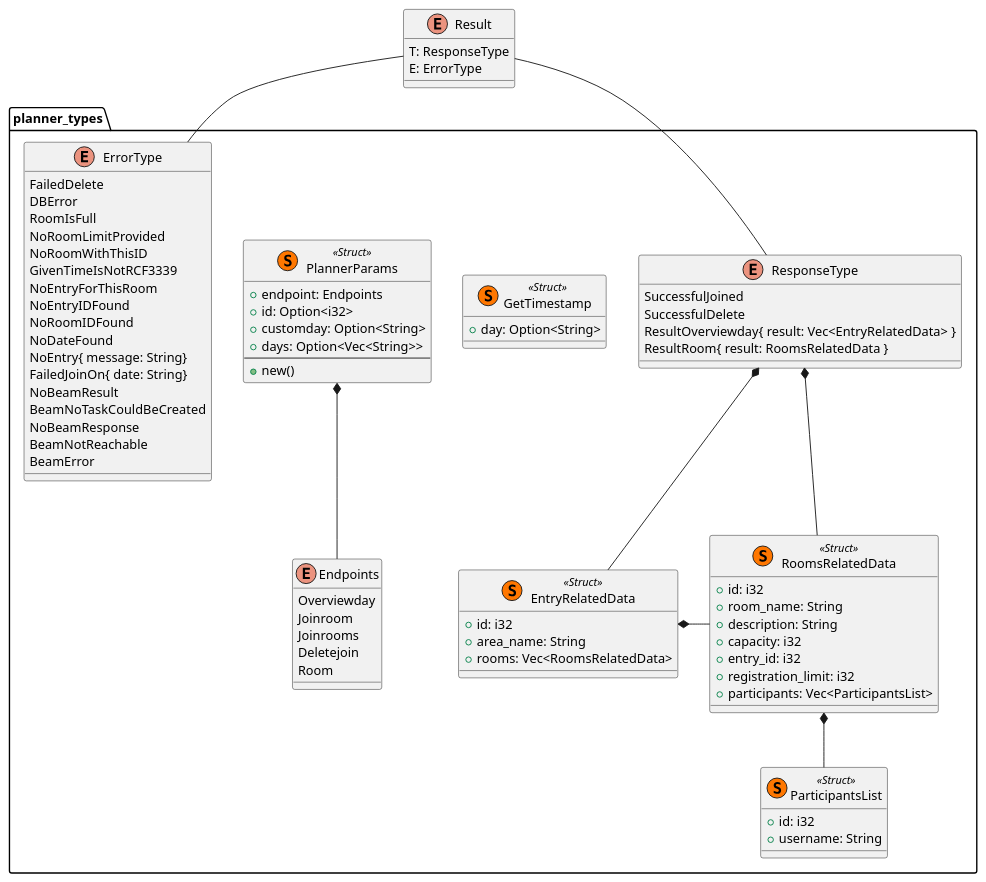
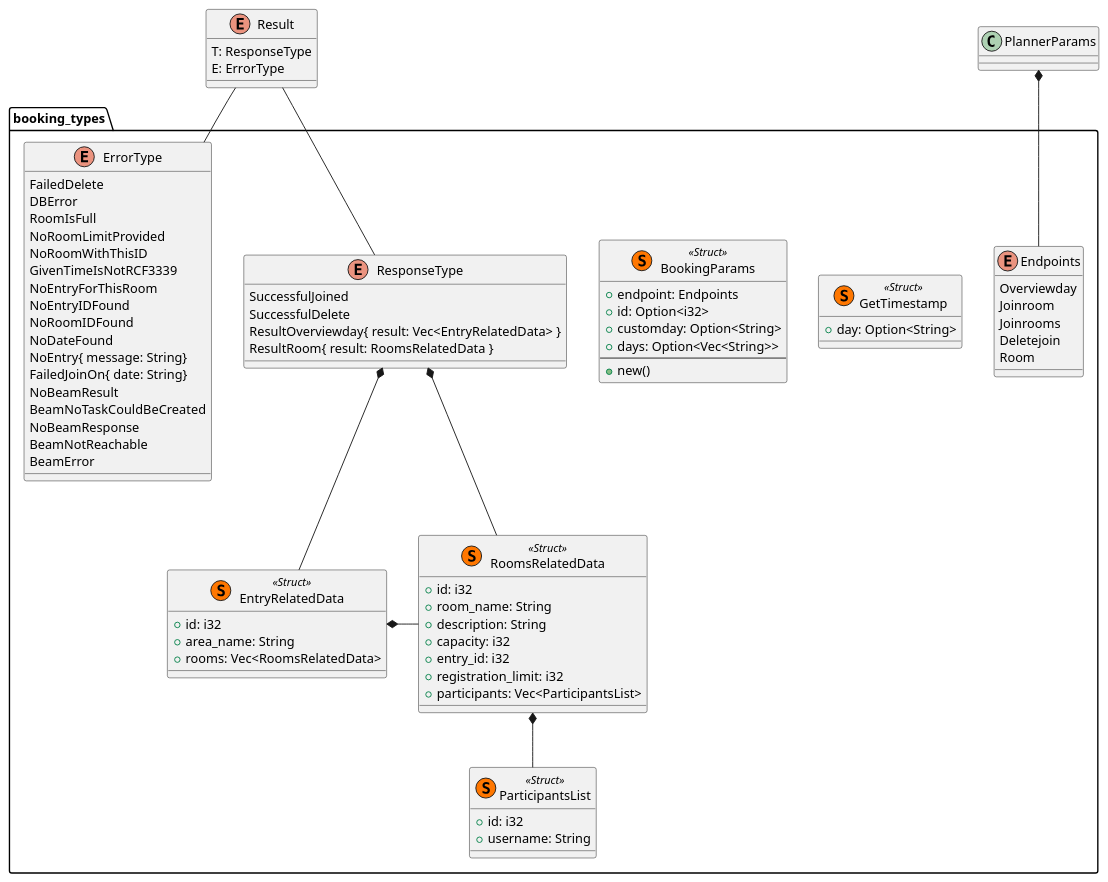
One commit to Martin1088/Plantuml-With-Screenreader changed the diagram in Projekte/Verbis/Beam/shared_komponenteAll.puml. Above: the diagram before and after it, drawn with PlantUML. The commit also changed 38 other files, not shown here.

```diff
--- a/Projekte/Verbis/Beam/shared_komponenteAll.puml
+++ b/Projekte/Verbis/Beam/shared_komponenteAll.puml
@@ -1,77 +1,77 @@
 @startuml
 enum Result{
     T: ResponseType
     E: ErrorType
 }
-package planner_types{
+package booking_types{
     class EntryRelatedData << (S, #FF7700) Struct>> {
         + id: i32
         + area_name: String
         + rooms: Vec<RoomsRelatedData>
     }
     class RoomsRelatedData << (S, #FF7700) Struct>> {
         + id: i32
         + room_name: String
         + description: String
         + capacity: i32
         + entry_id: i32
         + registration_limit: i32
         + participants: Vec<ParticipantsList>
     }
     class ParticipantsList << (S, #FF7700) Struct>> {
         + id: i32
         + username: String
     }
     class GetTimestamp << (S, #FF7700) Struct>> {
         + day: Option<String>
     }
-    class PlannerParams << (S, #FF7700) Struct>> {
+    class BookingParams << (S, #FF7700) Struct>> {
         + endpoint: Endpoints
         + id: Option<i32>
         + customday: Option<String>
         + days: Option<Vec<String>>
         --
         + new()
     }
     enum Endpoints{
         Overviewday
         Joinroom
         Joinrooms
         Deletejoin
         Room
     }
     enum ResponseType{
         SuccessfulJoined
         SuccessfulDelete
         ResultOverviewday{ result: Vec<EntryRelatedData> }
         ResultRoom{ result: RoomsRelatedData }
     }
     enum ErrorType {
         FailedDelete
         DBError
         RoomIsFull
         NoRoomLimitProvided
         NoRoomWithThisID
         GivenTimeIsNotRCF3339
         NoEntryForThisRoom
         NoEntryIDFound
         NoRoomIDFound
         NoDateFound
         NoEntry{ message: String}
         FailedJoinOn{ date: String}
         NoBeamResult
         BeamNoTaskCouldBeCreated
         NoBeamResponse
         BeamNotReachable
         BeamError
     }
 
 }
 ResponseType *-- EntryRelatedData
 EntryRelatedData *- RoomsRelatedData
 RoomsRelatedData *-- ParticipantsList
 ResponseType *- RoomsRelatedData
 PlannerParams *-- Endpoints
 Result -- ErrorType
 Result -- ResponseType
 @enduml
```
